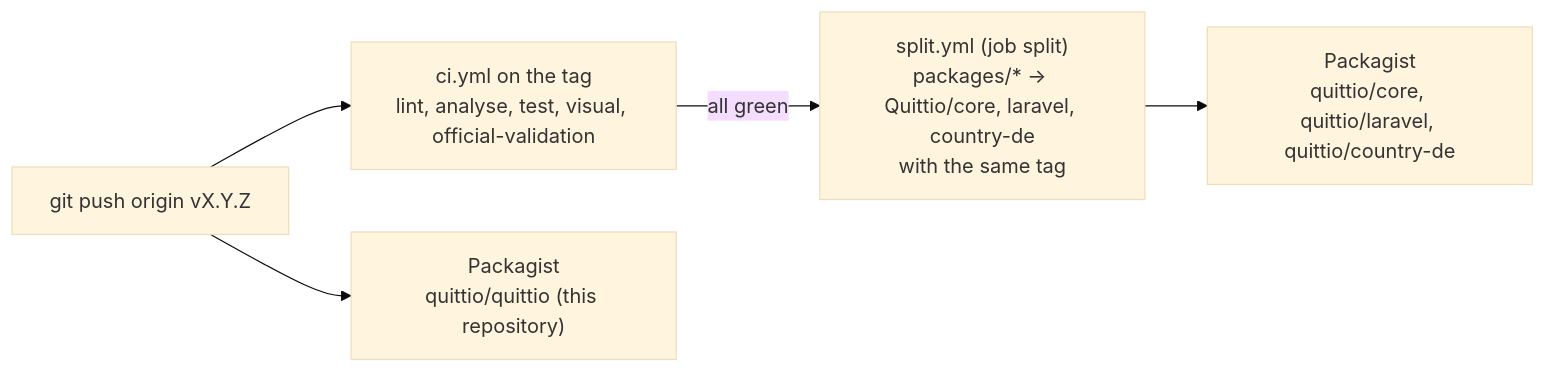
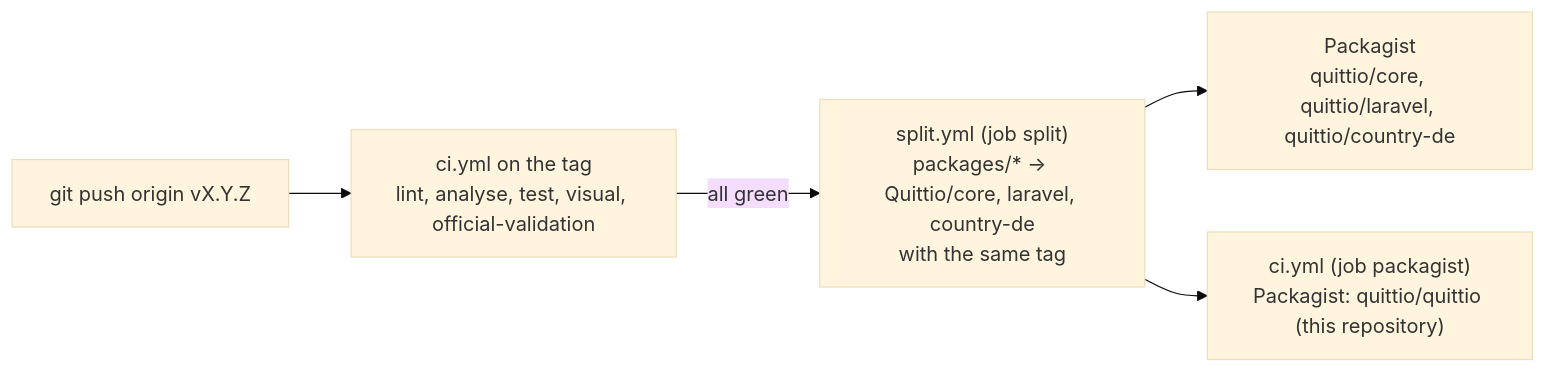
Before and after one commit to Quittio/quittio: the diagram in RELEASING.md, drawn with Mermaid (base theme). The commit also changed other lines of this file and 1 other file, not shown here.

Commit message:
ci: publish quittio/quittio on Packagist only after CI passed

````diff
--- a/RELEASING.md
+++ b/RELEASING.md
@@ -7,7 +7,7 @@
 ```mermaid
 flowchart LR
     T["git push origin vX.Y.Z"] --> CI["ci.yml on the tag<br/>lint, analyse, test, visual, official-validation"]
     CI -->|all green| S["split.yml (job split)<br/>packages/* → Quittio/core, laravel, country-de<br/>with the same tag"]
     S --> P["Packagist<br/>quittio/core, quittio/laravel, quittio/country-de"]
-    T --> PQ["Packagist<br/>quittio/quittio (this repository)"]
+    S --> PQ["ci.yml (job packagist)<br/>Packagist: quittio/quittio (this repository)"]
 ```
````
